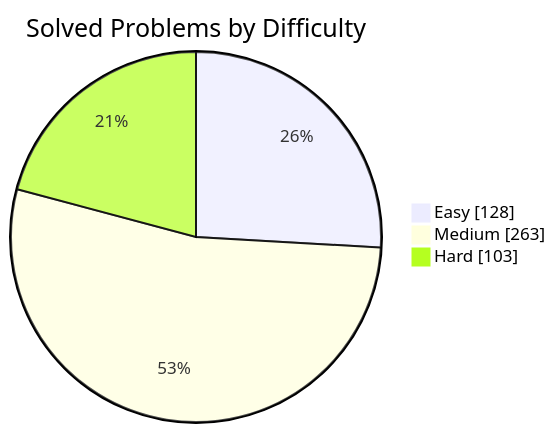
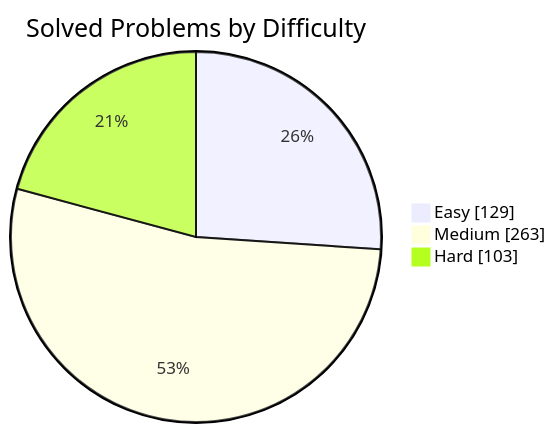
The first of 2 diagrams in README.md (manikantbindass/DSA-Preparation-FAANG), drawn with Mermaid before and after one commit. The commit also changed other lines of this file and 1 other file, not shown here.

````diff
--- a/README.md
+++ b/README.md
@@ -77,7 +77,7 @@
 ```mermaid
 pie showData
     title Solved Problems by Difficulty
-    "Easy" : 128
+    "Easy" : 129
     "Medium" : 263
     "Hard" : 103
 ```
````
